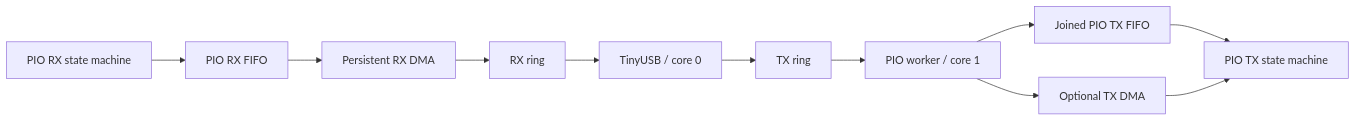
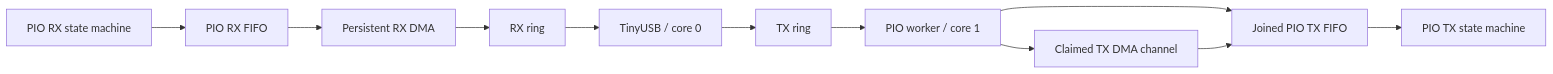
One commit to djwinter29-oss/PicoUart changed the first of 4 diagrams in docs/design/uart/pio-uart-design.md. Above: the diagram before and after it, drawn with Mermaid. The commit also changed other lines of this file and 85 other files, not shown here.

````diff
--- a/docs/design/uart/pio-uart-design.md
+++ b/docs/design/uart/pio-uart-design.md
@@ -18,13 +19,13 @@
 ```mermaid
 flowchart LR
   USB["TinyUSB / core 0"] --> TXRing["TX ring"]
   TXRing --> Worker["PIO worker / core 1"]
   Worker --> TXFIFO["Joined PIO TX FIFO"]
-  Worker --> TXDMA["Optional TX DMA"]
+  Worker --> TXDMA["Claimed TX DMA channel"]
   TXFIFO --> TXSM["PIO TX state machine"]
-  TXDMA --> TXSM
+  TXDMA --> TXFIFO
   RXSM["PIO RX state machine"] --> RXFIFO["PIO RX FIFO"]
   RXFIFO --> RXDMA["Persistent RX DMA"]
   RXDMA --> RXRing["RX ring"]
   RXRing --> USB
 ```
````
